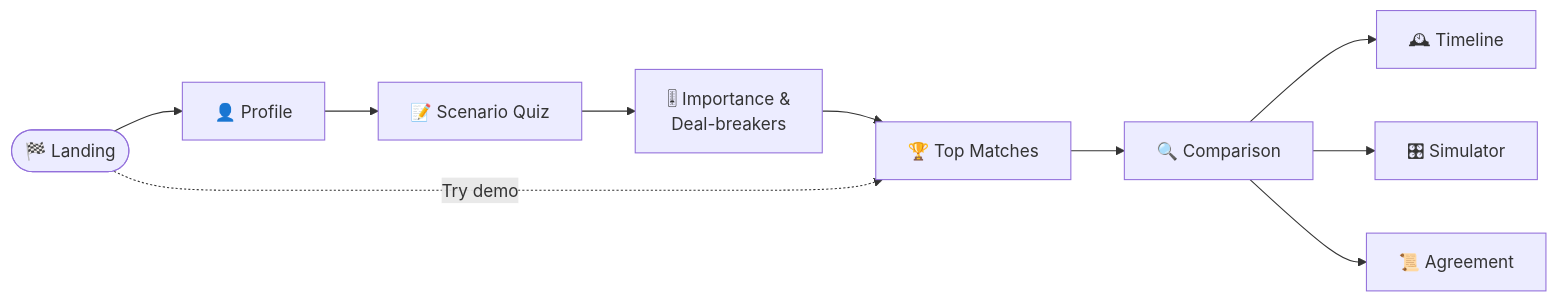
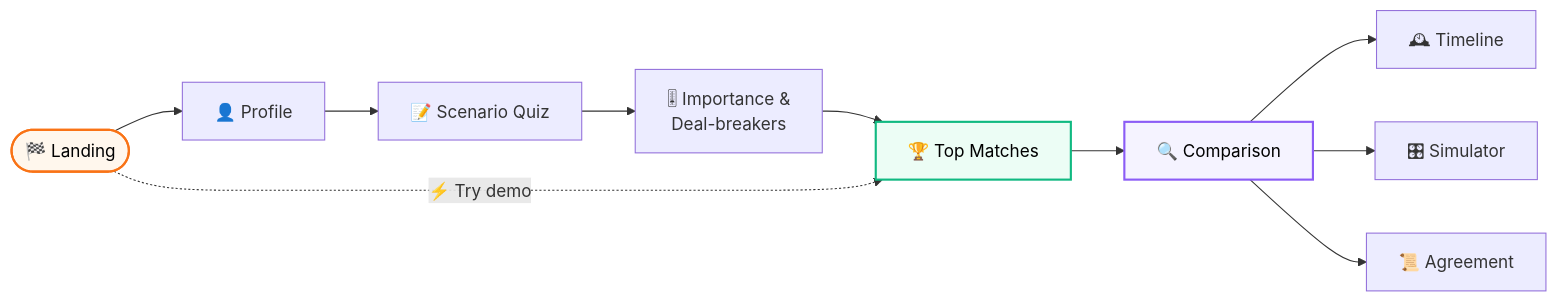
One commit to Ashhh2906/BIFROST changed the third of 8 diagrams in README.md. Above: the diagram before and after it, drawn with Mermaid. The commit also changed other lines of this file, not shown here.

````diff
--- a/README.md
+++ b/README.md
@@ -100,12 +179,16 @@
 ```mermaid
 flowchart LR
     A([🏁 Landing]) --> B[👤 Profile]
     B --> C[📝 Scenario Quiz]
     C --> D[🎚 Importance &<br/>Deal-breakers]
     D --> E[🏆 Top Matches]
     E --> F[🔍 Comparison]
     F --> G[🕰 Timeline]
     F --> H[🎛 Simulator]
     F --> I[📜 Agreement]
-    A -. Try demo .-> E
+    A -. ⚡ Try demo .-> E
+
+    style A fill:#FFF7ED,stroke:#F97316,stroke-width:2px,color:#000
+    style E fill:#ECFDF5,stroke:#10B981,stroke-width:2px,color:#000
+    style F fill:#F5F3FF,stroke:#8B5CF6,stroke-width:2px,color:#000
 ```
````
